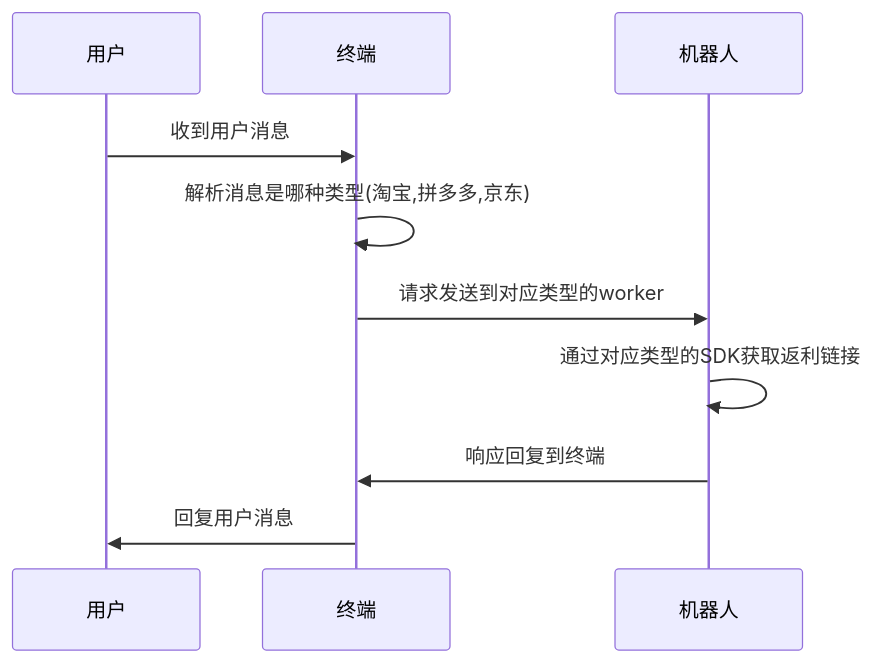
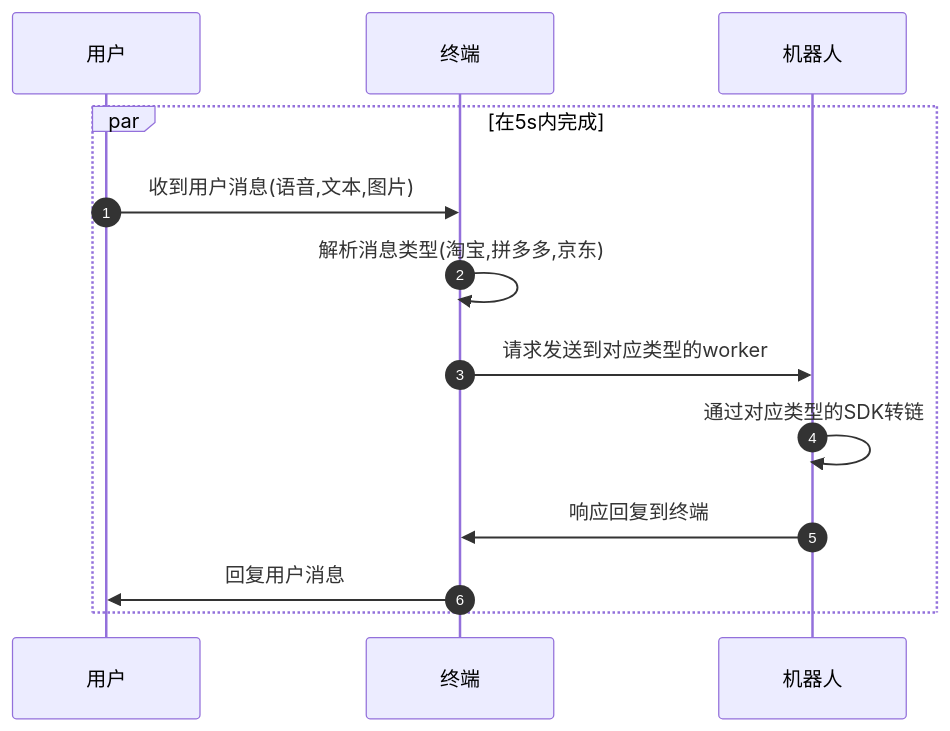
One commit to Naist4869/awesomeProject changed the diagram in docs/反利机器人时序图.md. Above: the diagram before and after it, drawn with Mermaid. The commit also changed 63 other files, not shown here.

````diff
--- a/docs/反利机器人时序图.md
+++ b/docs/反利机器人时序图.md
@@ -1,12 +1,15 @@
 ```mermaid
 sequenceDiagram
+    autonumber
     participant user as 用户
     participant terminal as 终端
     participant worker as 机器人
-    user ->> terminal : 收到用户消息
-    terminal ->> terminal: 解析消息是哪种类型(淘宝,拼多多,京东)
+     par 在5s内完成
+    user ->> terminal : 收到用户消息(语音,文本,图片)
+    terminal ->> terminal: 解析消息类型(淘宝,拼多多,京东)
     terminal ->> worker:请求发送到对应类型的worker
-    worker ->> worker :通过对应类型的SDK获取返利链接
+    worker ->> worker :通过对应类型的SDK转链
     worker ->> terminal : 响应回复到终端
     terminal ->> user : 回复用户消息
+    end
 ```
````
